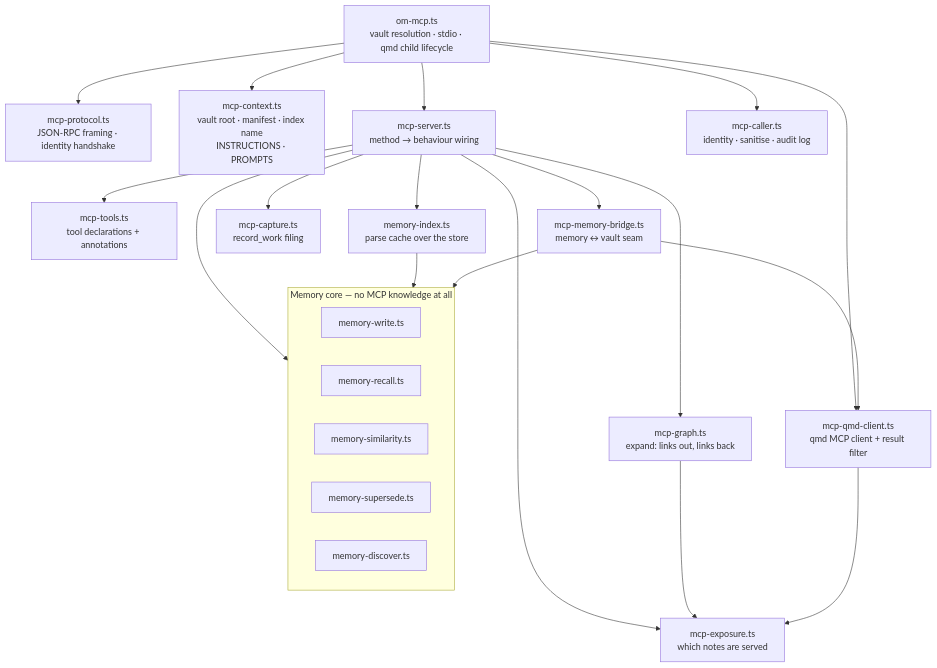
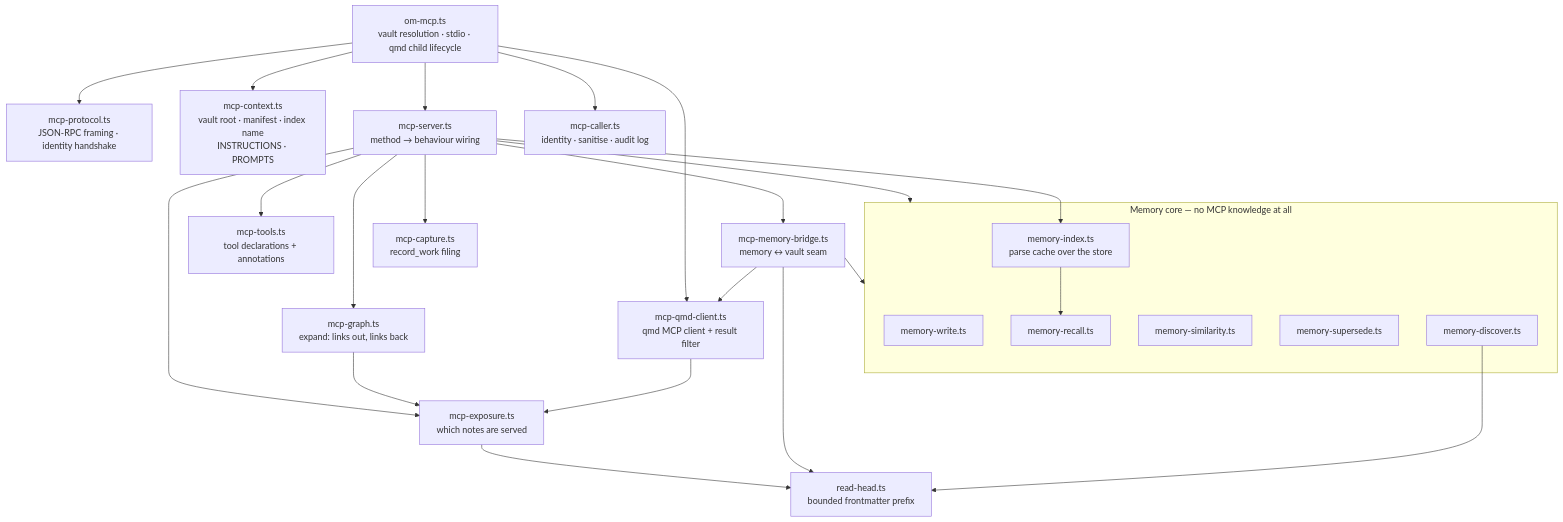
One commit to breferrari/obsidian-mind changed the seventh of 19 diagrams in ARCHITECTURE.md. Above: the diagram before and after it, drawn with Mermaid. The commit also changed other lines of this file and 9 other files, not shown here.

First line of the commit message:
fix(memory): callerPlatforms must read the whole note, not just its head

````diff
--- a/ARCHITECTURE.md
+++ b/ARCHITECTURE.md
@@ -380,40 +380,44 @@
 ```mermaid
 flowchart TB
     Entry["om-mcp.ts<br/>vault resolution · stdio · qmd child lifecycle"]
     Proto["mcp-protocol.ts<br/>JSON-RPC framing · identity handshake"]
     Ctx["mcp-context.ts<br/>vault root · manifest · index name<br/>INSTRUCTIONS · PROMPTS"]
     Server["mcp-server.ts<br/>method → behaviour wiring"]
     Tools["mcp-tools.ts<br/>tool declarations + annotations"]
     Exp["mcp-exposure.ts<br/>which notes are served"]
     Qmd["mcp-qmd-client.ts<br/>qmd MCP client + result filter"]
     Graph["mcp-graph.ts<br/>expand: links out, links back"]
     Caller["mcp-caller.ts<br/>identity · sanitise · audit log"]
     Bridge["mcp-memory-bridge.ts<br/>memory ↔ vault seam"]
     Capture["mcp-capture.ts<br/>record_work filing"]
-    Idx["memory-index.ts<br/>parse cache over the store"]
+    RH["read-head.ts<br/>bounded frontmatter prefix"]
     subgraph Core["Memory core — no MCP knowledge at all"]
         MW["memory-write.ts"]
         MR["memory-recall.ts"]
         MS["memory-similarity.ts"]
         MSup["memory-supersede.ts"]
         MD["memory-discover.ts"]
+        Idx["memory-index.ts<br/>parse cache over the store"]
     end
 
     Entry --> Proto
     Entry --> Ctx
     Entry --> Server
     Entry --> Qmd
     Entry --> Caller
     Server --> Tools
     Server --> Exp
     Server --> Graph
     Server --> Bridge
     Server --> Capture
     Server --> Idx
     Server --> Core
-    Idx --> Core
+    Idx --> MR
     Graph --> Exp
     Qmd --> Exp
     Bridge --> Core
     Bridge --> Qmd
+    Exp --> RH
+    Bridge --> RH
+    MD --> RH
 ```
````
